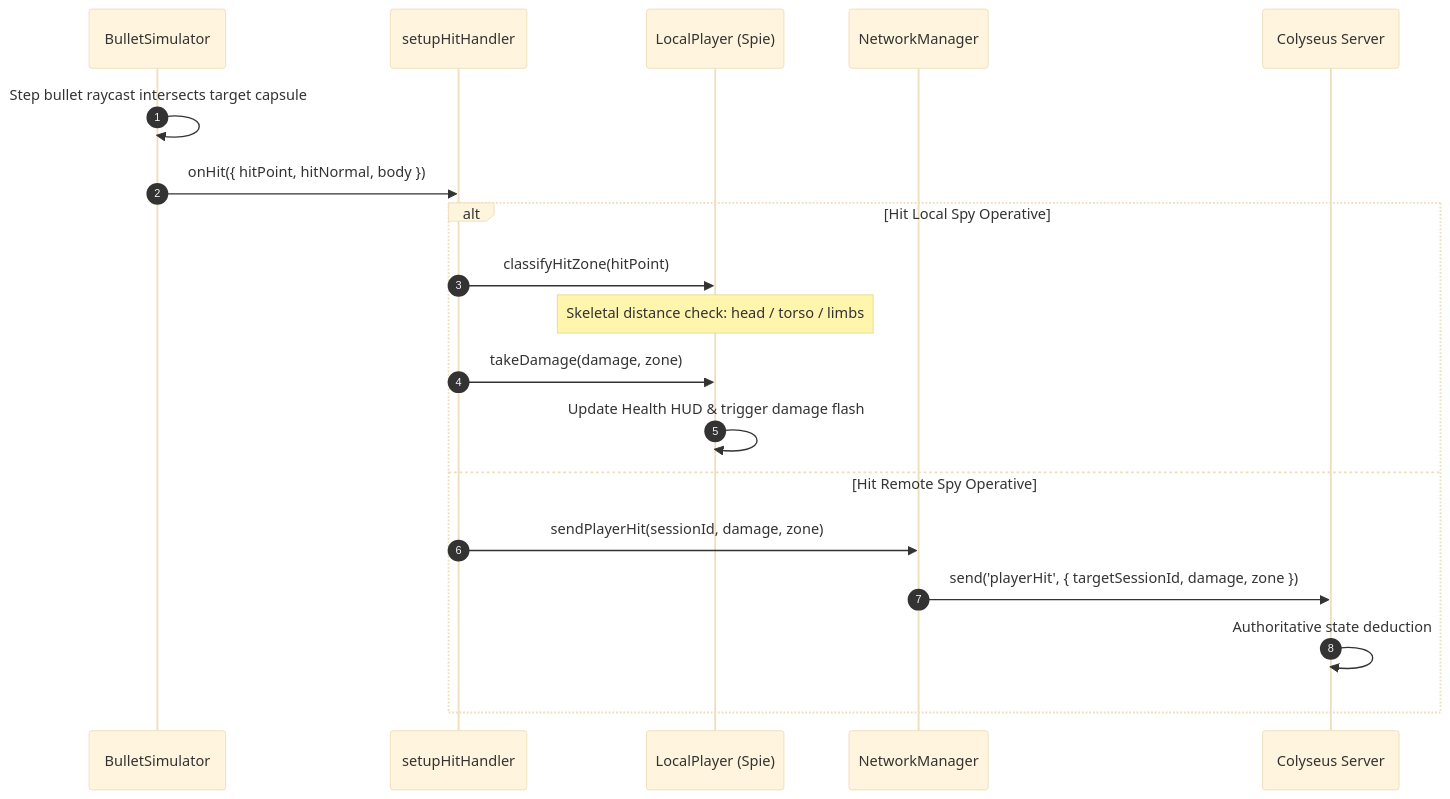
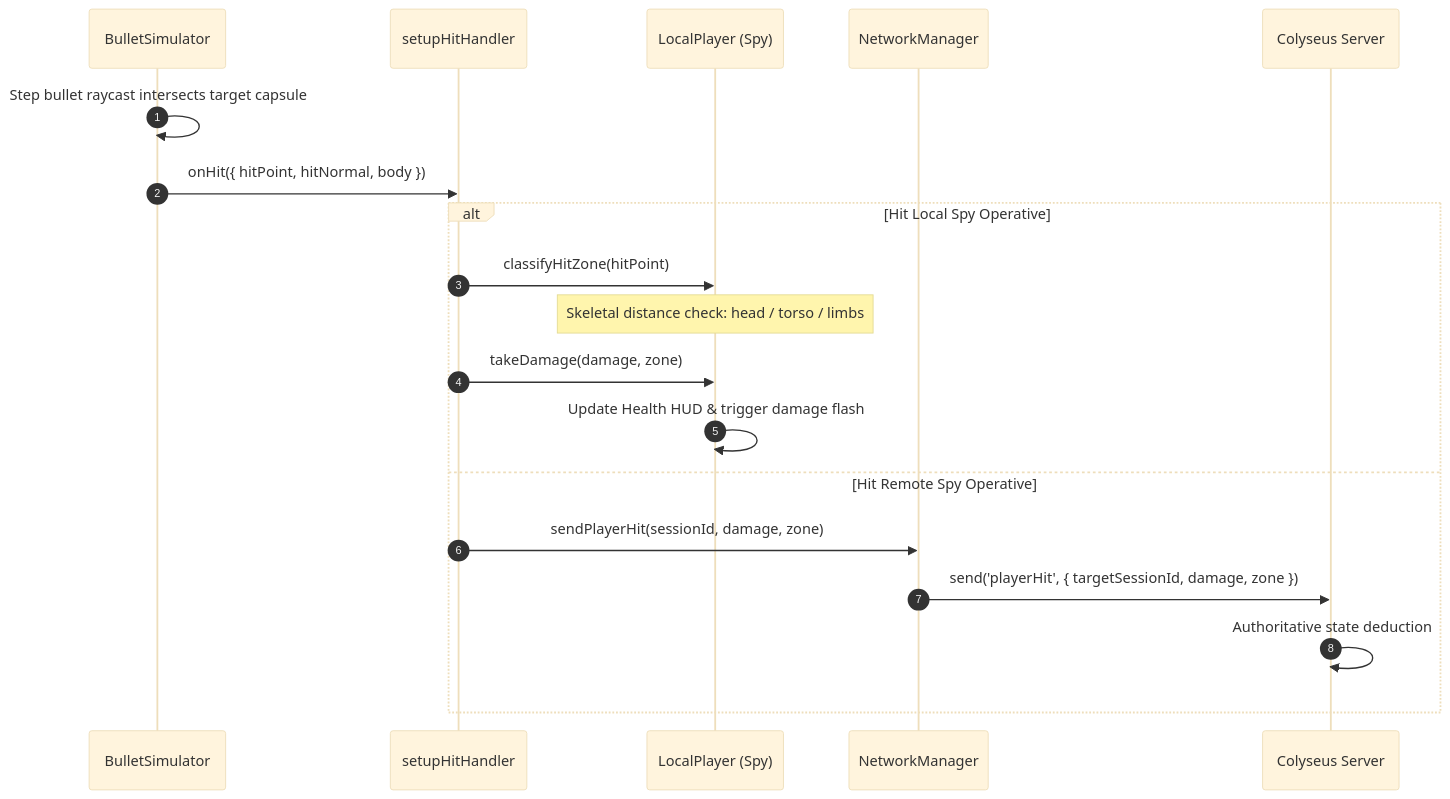
The second of 3 diagrams in docs/ARCHITECTURE.md (Asad-Ullah-Turab/Operation-DeltaZero), drawn with Mermaid (base theme) before and after one commit. The commit also changed other lines of this file and 5 other files, not shown here.

Commit message:
docs: update Spie references to Spy across documentation and comments

````diff
--- a/docs/ARCHITECTURE.md
+++ b/docs/ARCHITECTURE.md
@@ -180,22 +180,22 @@
 ```mermaid
 sequenceDiagram
     autonumber
     participant Sim as BulletSimulator
     participant Hit as setupHitHandler
-    participant Target as LocalPlayer (Spie)
+    participant Target as LocalPlayer (Spy)
     participant Net as NetworkManager
     participant Svr as Colyseus Server
 
     Sim->>Sim: Step bullet raycast intersects target capsule
     Sim->>Hit: onHit({ hitPoint, hitNormal, body })
     alt Hit Local Spy Operative
         Hit->>Target: classifyHitZone(hitPoint)
         Note over Target: Skeletal distance check: head / torso / limbs
         Hit->>Target: takeDamage(damage, zone)
         Target->>Target: Update Health HUD & trigger damage flash
     else Hit Remote Spy Operative
         Hit->>Net: sendPlayerHit(sessionId, damage, zone)
         Net->>Svr: send('playerHit', { targetSessionId, damage, zone })
         Svr->>Svr: Authoritative state deduction
     end
 ```
````
